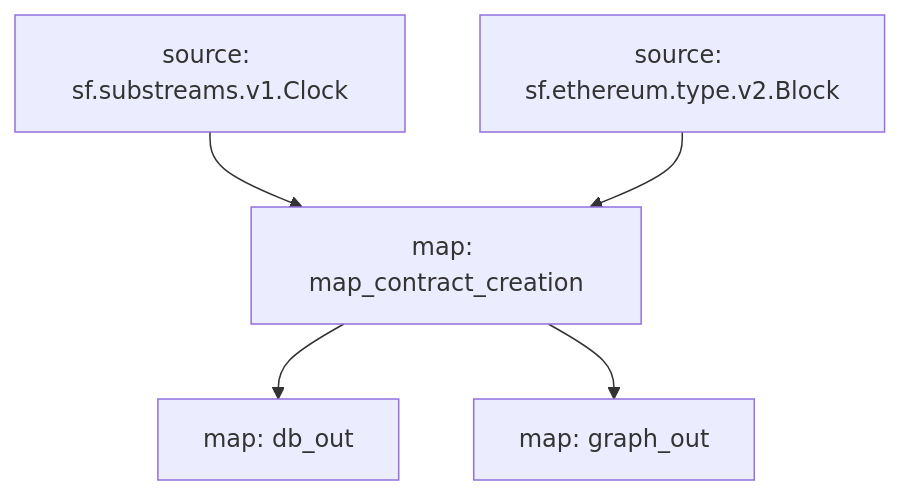
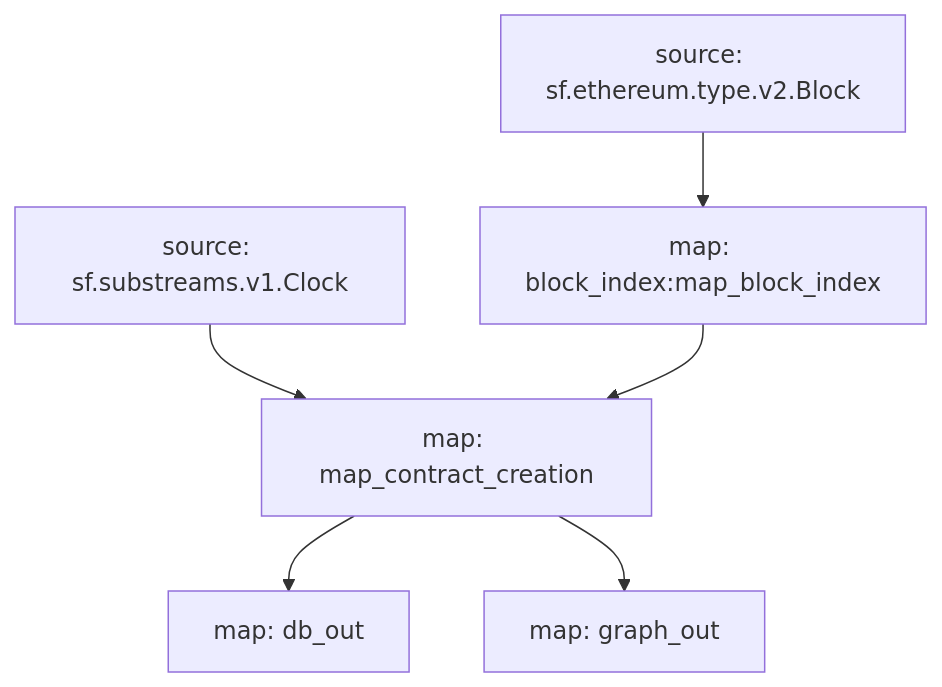
Before and after one commit to pinax-network/subgraph-contract-creation: the diagram in README.md, drawn with Mermaid. The commit also changed other lines of this file and 13 other files, not shown here.

Commit message:
add contract creation block index

````diff
--- a/README.md
+++ b/README.md
@@ -48,10 +48,12 @@
 ```mermaid
 graph TD;
   map_contract_creation[map: map_contract_creation];
   sf.substreams.v1.Clock[source: sf.substreams.v1.Clock] --> map_contract_creation;
-  sf.ethereum.type.v2.Block[source: sf.ethereum.type.v2.Block] --> map_contract_creation;
+  block_index:map_block_index --> map_contract_creation;
   db_out[map: db_out];
   map_contract_creation --> db_out;
   graph_out[map: graph_out];
   map_contract_creation --> graph_out;
+  block_index:map_block_index[map: block_index:map_block_index];
+  sf.ethereum.type.v2.Block[source: sf.ethereum.type.v2.Block] --> block_index:map_block_index;
 ```
````
